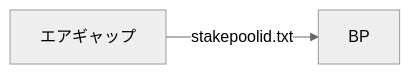
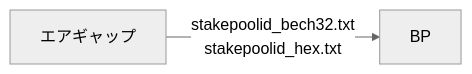
Before and after one commit to btbf/spojapanguild: the fifth of 5 diagrams in docs/setup/7-register-stakepool.md, drawn with Mermaid (neutral theme). The commit also changed other lines of this file and 45 other files, not shown here.

````diff
--- a/docs/setup/7-register-stakepool.md
+++ b/docs/setup/7-register-stakepool.md
@@ -407,4 +410,4 @@
     ``` mermaid
     graph LR
-        A[エアギャップ] -->|stakepoolid.txt| B[BP];
+        A[エアギャップ] -->|stakepoolid_bech32.txt<br>stakepoolid_hex.txt| B[BP];
     ```
````
